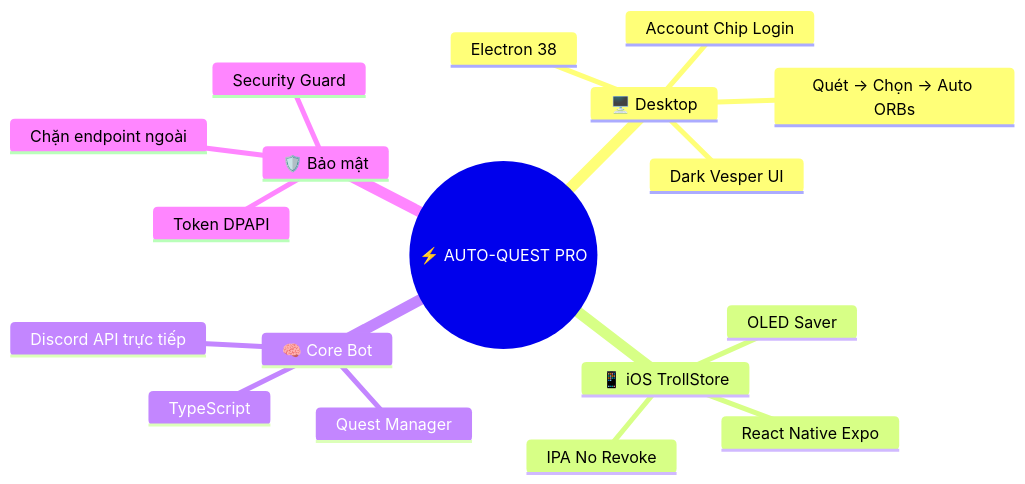
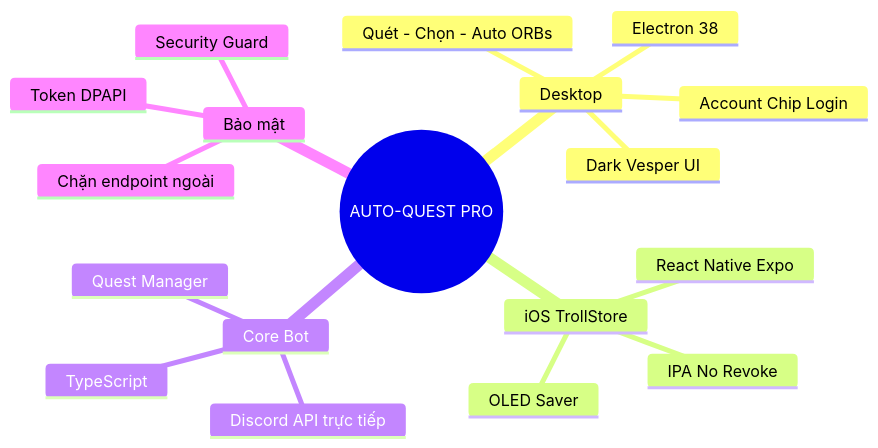
Before and after one commit to duyzoz/AUTO-QUEST: the second of 4 diagrams in README.md, drawn with Mermaid.

Commit message:
docs: chuan hoa mindmap Mermaid trong README

````diff
--- a/README.md
+++ b/README.md
@@ -40,21 +40,21 @@
 ```mermaid
 mindmap
-  root((⚡ AUTO-QUEST PRO))
-    🖥️ Desktop
+  root((AUTO-QUEST PRO))
+    Desktop
       Electron 38
-      Quét → Chọn → Auto ORBs
+      Quét - Chọn - Auto ORBs
       Account Chip Login
       Dark Vesper UI
-    📱 iOS TrollStore
+    iOS TrollStore
       React Native Expo
       IPA No Revoke
       OLED Saver
-    🧠 Core Bot
+    Core Bot
       TypeScript
       Discord API trực tiếp
       Quest Manager
-    🛡️ Bảo mật
+    Bảo mật
       Token DPAPI
       Chặn endpoint ngoài
       Security Guard
 ```
````
